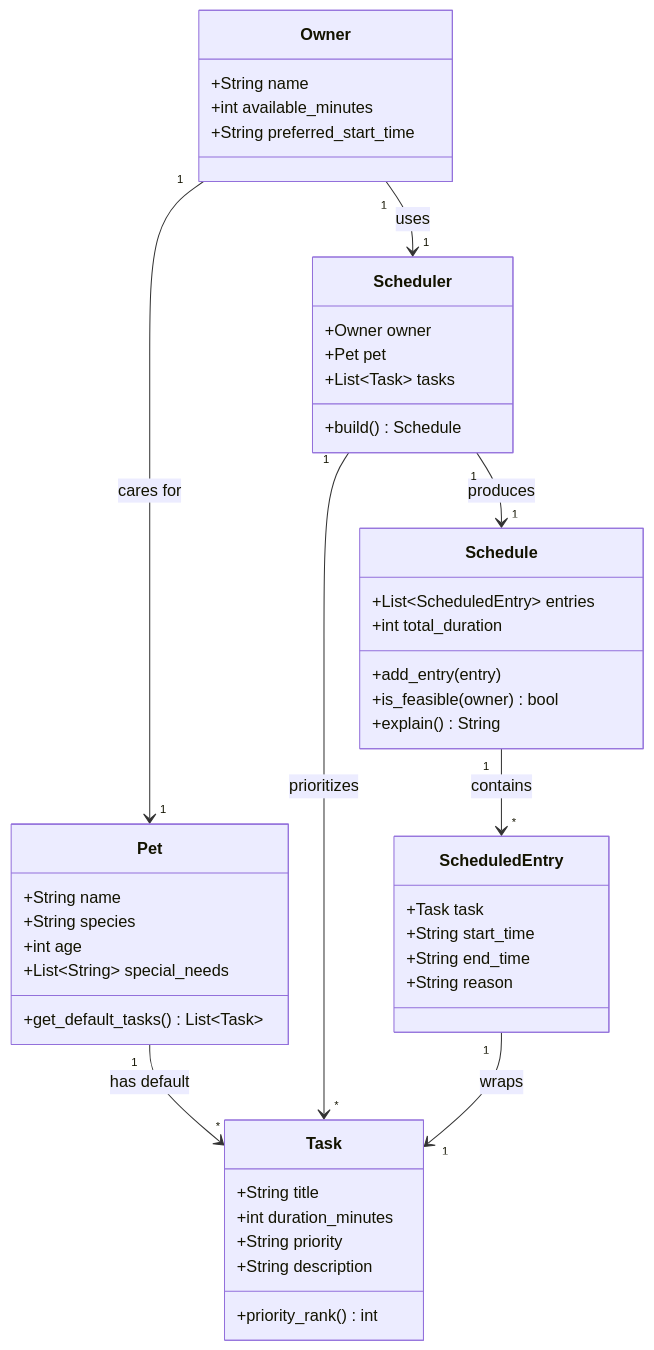
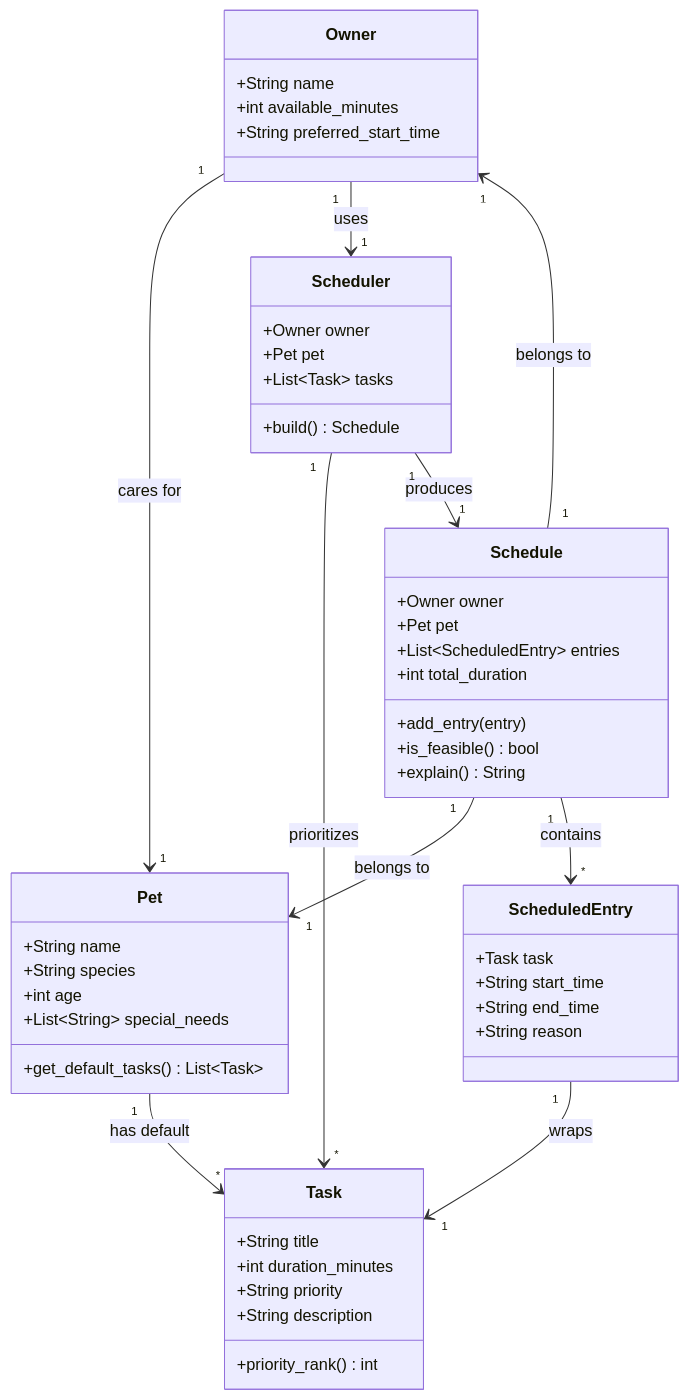
One commit to Bashgea/ai110-module2show-pawpal-starter changed the diagram in uml.md. Above: the diagram before and after it, drawn with Mermaid. The commit also changed 2 other files, not shown here.

Commit message:
add class skeletons and UML for PawPal+ scheduling system

````diff
--- a/uml.md
+++ b/uml.md
@@ -3,54 +3,58 @@
 ```mermaid
 classDiagram
     class Task {
         +String title
         +int duration_minutes
         +String priority
         +String description
         +priority_rank() int
     }
 
     class ScheduledEntry {
         +Task task
         +String start_time
         +String end_time
         +String reason
     }
 
     class Pet {
         +String name
         +String species
         +int age
         +List~String~ special_needs
         +get_default_tasks() List~Task~
     }
 
     class Owner {
         +String name
         +int available_minutes
         +String preferred_start_time
     }
 
     class Schedule {
+        +Owner owner
+        +Pet pet
         +List~ScheduledEntry~ entries
         +int total_duration
         +add_entry(entry)
-        +is_feasible(owner) bool
+        +is_feasible() bool
         +explain() String
     }
 
     class Scheduler {
         +Owner owner
         +Pet pet
         +List~Task~ tasks
         +build() Schedule
     }
 
     Owner "1" --> "1" Pet : cares for
     Owner "1" --> "1" Scheduler : uses
     Pet "1" --> "*" Task : has default
     Scheduler "1" --> "*" Task : prioritizes
     Scheduler "1" --> "1" Schedule : produces
+    Schedule "1" --> "1" Owner : belongs to
+    Schedule "1" --> "1" Pet : belongs to
     Schedule "1" --> "*" ScheduledEntry : contains
     ScheduledEntry "1" --> "1" Task : wraps
 ```
````
